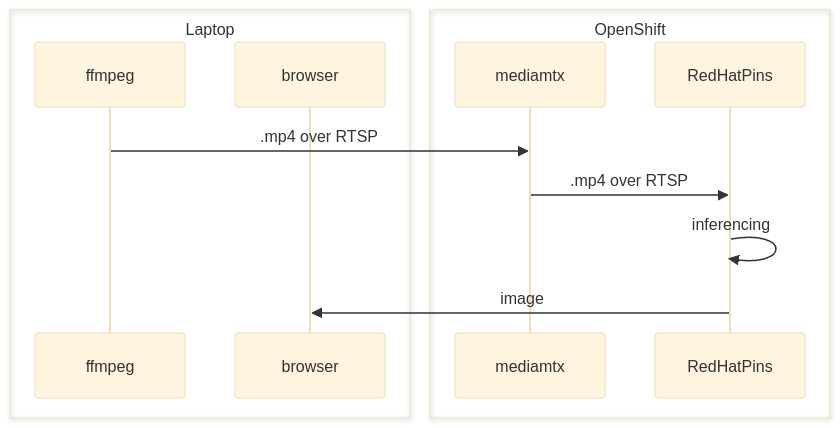
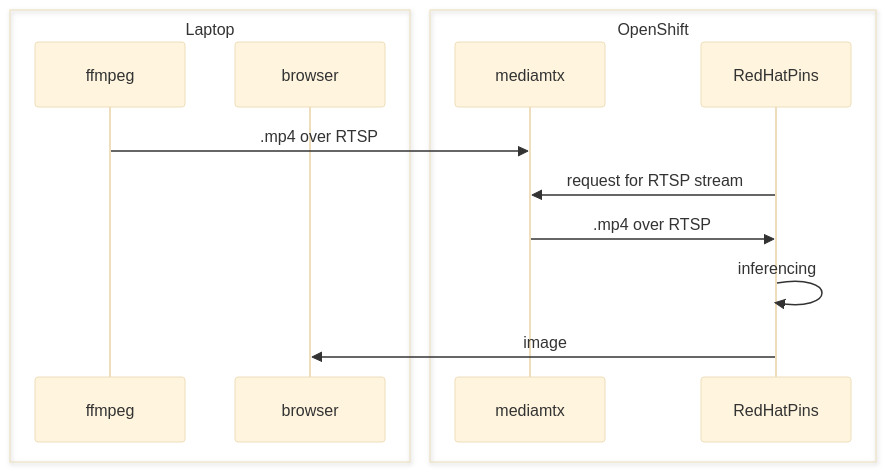
One commit to kwkoo/redhat-pins-ai-demo changed the diagram in README.md. Above: the diagram before and after it, drawn with Mermaid (base theme).

Commit message:
Revised flow

````diff
--- a/README.md
+++ b/README.md
@@ -33,15 +33,16 @@
 ```mermaid
 sequenceDiagram
 	box Laptop
 	participant F as ffmpeg
 	participant B as browser
 	end
 	box OpenShift
 	participant M as mediamtx
 	participant P as RedHatPins
 	end
 	F->>M: .mp4 over RTSP
+	P->>M: request for RTSP stream
 	M->>P: .mp4 over RTSP
 	P->>P: inferencing
 	P->>B: image
 ```
````
